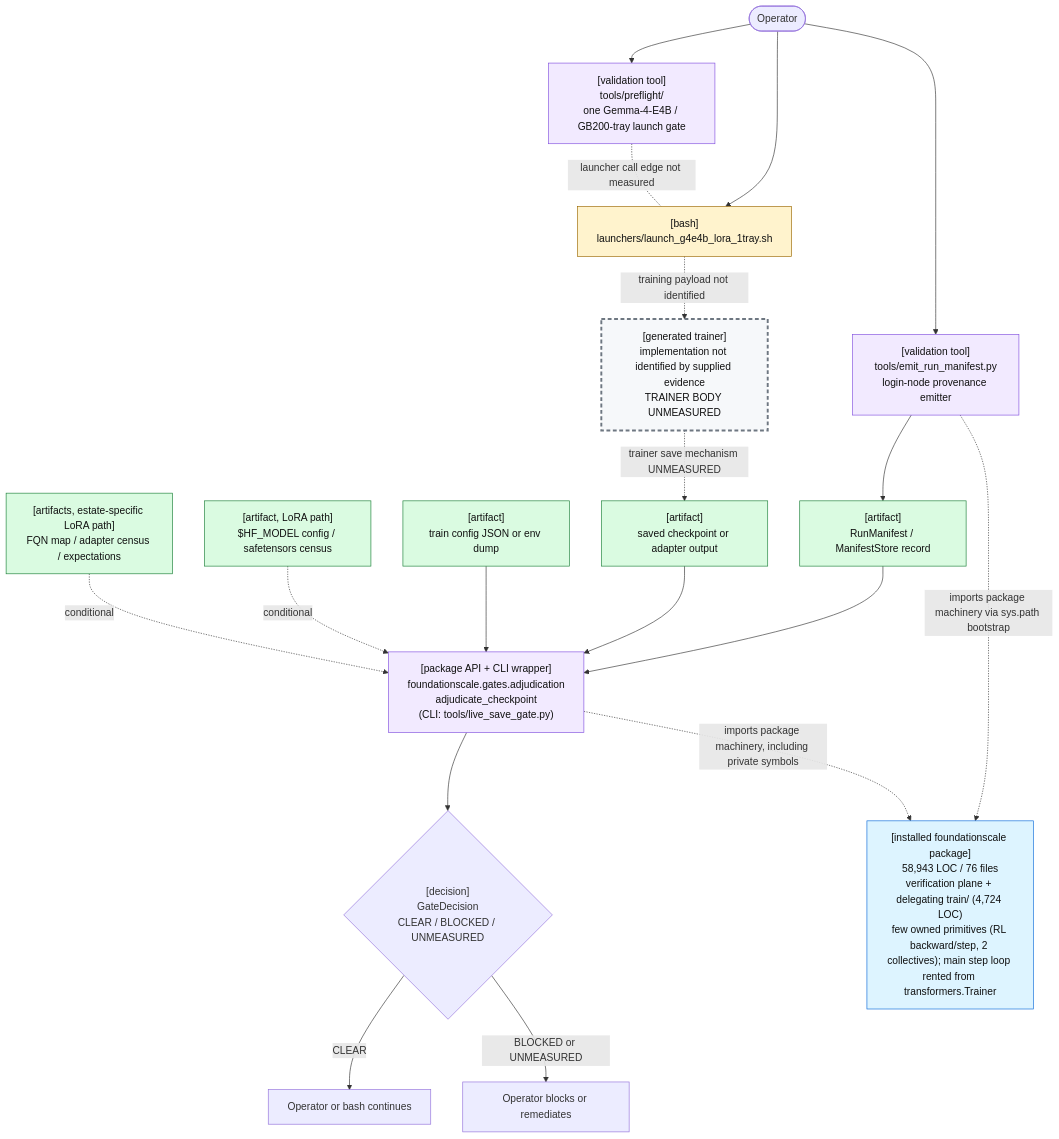
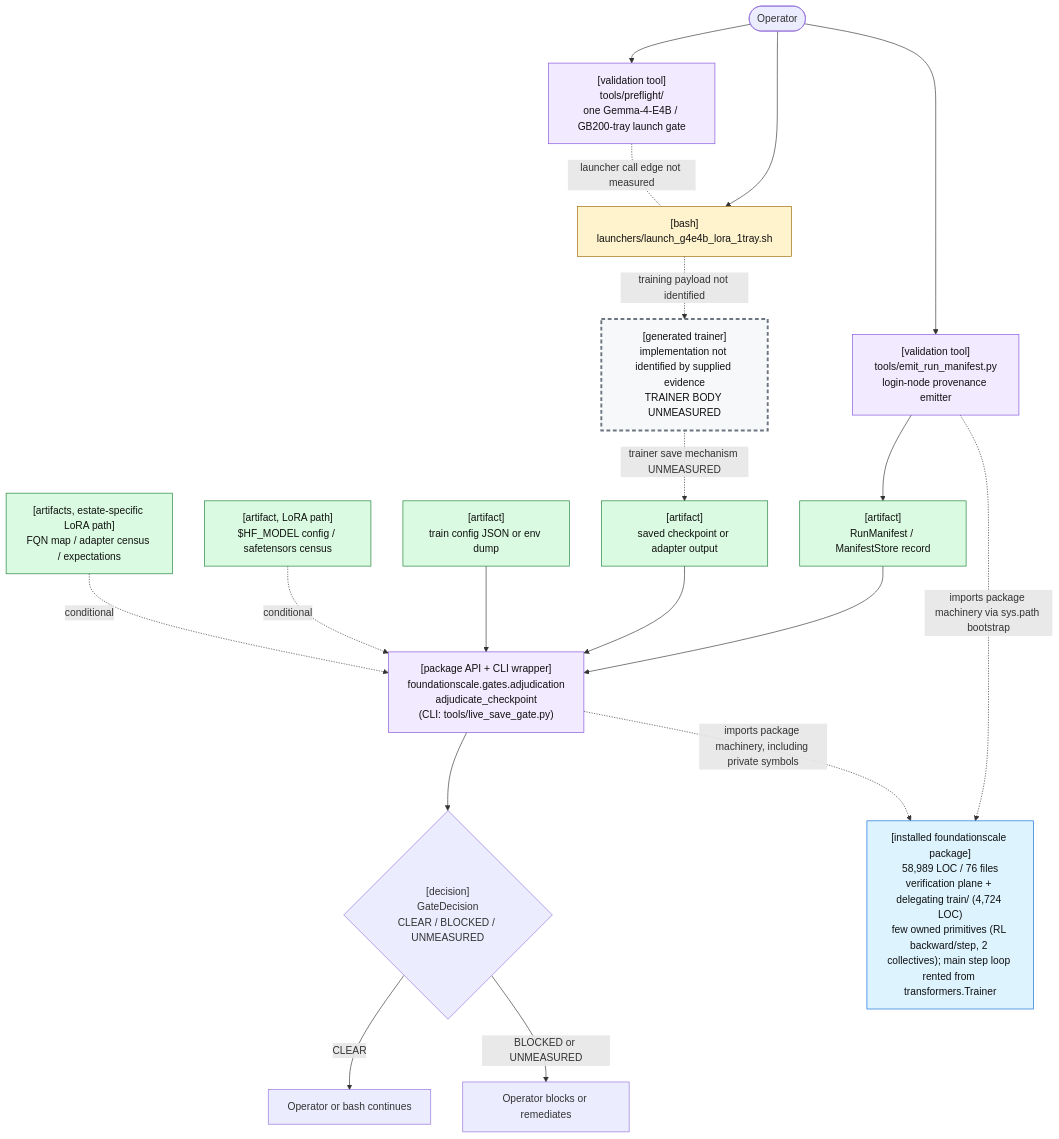
Before and after one commit to TranNhiem/FoundationScale: the first of 2 diagrams in docs/review/D2_current_architecture.md, drawn with Mermaid. The commit also changed other lines of this file and 14 other files, not shown here.

````diff
--- a/docs/review/D2_current_architecture.md
+++ b/docs/review/D2_current_architecture.md
@@ -25,59 +25,59 @@
 ```mermaid
 flowchart TB
   O(["Operator"])
 
   PF["[validation tool]<br/>tools/preflight/<br/>one Gemma-4-E4B / GB200-tray launch gate"]
   L["[bash]<br/>launchers/launch_g4e4b_lora_1tray.sh"]
 
   E["[validation tool]<br/>tools/emit_run_manifest.py<br/>login-node provenance emitter"]
   M["[artifact]<br/>RunManifest / ManifestStore record"]
 
   T["[generated trainer]<br/>implementation not identified by supplied evidence<br/>TRAINER BODY UNMEASURED"]
   C["[artifact]<br/>saved checkpoint or adapter output"]
 
   G["[package API + CLI wrapper]<br/>foundationscale.gates.adjudication<br/>adjudicate_checkpoint<br/>(CLI: tools/live_save_gate.py)"]
   CFG["[artifact]<br/>train config JSON or env dump"]
   BASE["[artifact, LoRA path]<br/>$HF_MODEL config / safetensors census"]
   CEN["[artifacts, estate-specific LoRA path]<br/>FQN map / adapter census / expectations"]
 
   D{"[decision]<br/>GateDecision<br/>CLEAR / BLOCKED / UNMEASURED"}
   OK["Operator or bash continues"]
   NO["Operator blocks or remediates"]
 
-  PKG["[installed foundationscale package]<br/>58,943 LOC / 76 files<br/>verification plane + delegating train/ (4,724 LOC)<br/>few owned primitives (RL backward/step, 2 collectives); main step loop rented from transformers.Trainer"]
+  PKG["[installed foundationscale package]<br/>58,989 LOC / 76 files<br/>verification plane + delegating train/ (4,724 LOC)<br/>few owned primitives (RL backward/step, 2 collectives); main step loop rented from transformers.Trainer"]
 
   O --> PF
   O --> L
   PF -. "launcher call edge not measured" .- L
 
   O --> E
   E --> M
 
   L -. "training payload not identified" .-> T
   T -. "trainer save mechanism UNMEASURED" .-> C
 
   M --> G
   C --> G
   CFG --> G
   BASE -. "conditional" .-> G
   CEN -. "conditional" .-> G
 
   E -. "imports package machinery via sys.path bootstrap" .-> PKG
   G -. "imports package machinery, including private symbols" .-> PKG
 
   G --> D
   D -->|"CLEAR"| OK
   D -->|"BLOCKED or UNMEASURED"| NO
 
   classDef bash fill:#fff3cd,stroke:#9a6700,color:#111;
   classDef tool fill:#f2eaff,stroke:#8250df,color:#111;
   classDef artifact fill:#dafbe1,stroke:#1a7f37,color:#111;
   classDef gap fill:#f6f8fa,stroke:#6e7781,stroke-width:3px,stroke-dasharray: 6 4,color:#111;
   classDef pkg fill:#ddf4ff,stroke:#0969da,color:#111;
 
   class L bash;
   class PF,E,G tool;
   class M,C,CFG,BASE,CEN artifact;
   class T gap;
   class PKG pkg;
 ```
````
